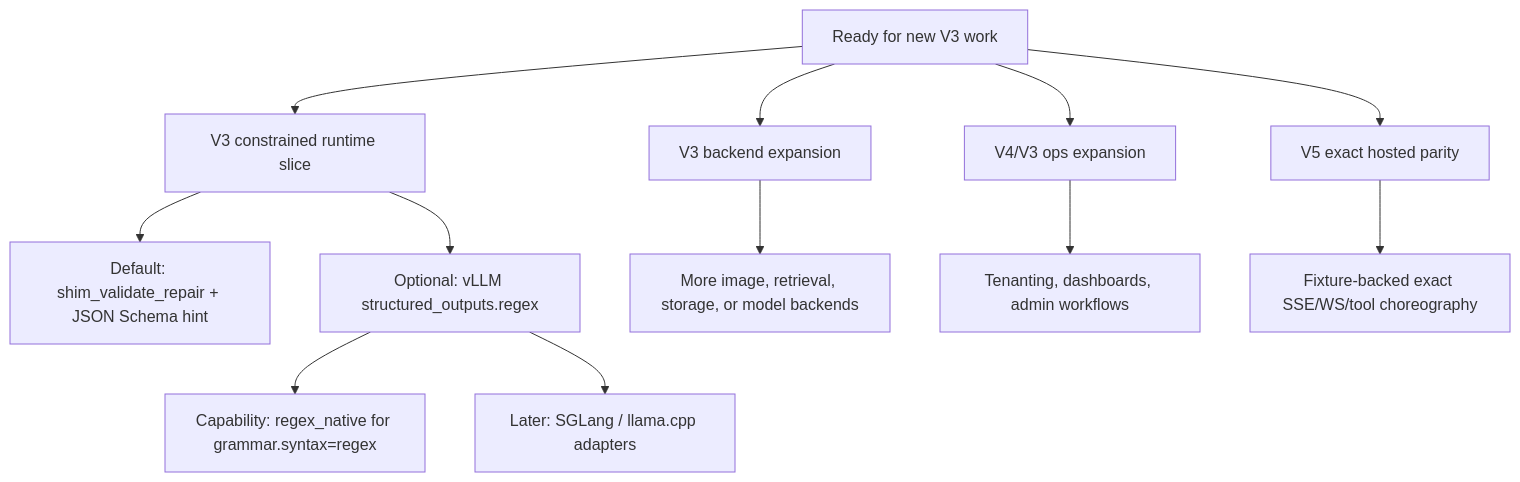
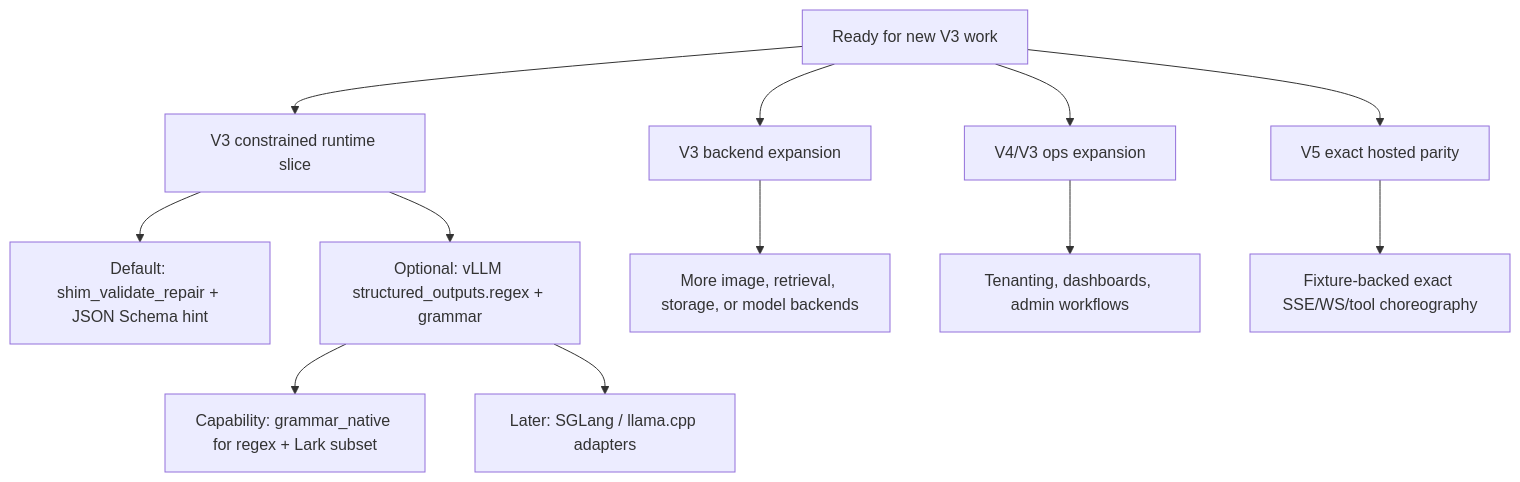
One commit to avelrl/llama_shim changed diagram 25 of 25 in docs/engineering/openai-api-choreography-atlas.md. Above: the diagram before and after it, drawn with Mermaid. The commit also changed other lines of this file and 13 other files, not shown here.

Commit message:
vLLM grammar_native slice

````diff
--- a/docs/engineering/openai-api-choreography-atlas.md
+++ b/docs/engineering/openai-api-choreography-atlas.md
@@ -945,21 +946,21 @@
 ```mermaid
 flowchart TB
   ready["Ready for new V3 work"]
   constrained["V3 constrained runtime slice"]
   backend["V3 backend expansion"]
   parity["V5 exact hosted parity"]
   ops["V4/V3 ops expansion"]
 
   ready --> constrained
   ready --> backend
   ready --> ops
   ready --> parity
 
   constrained --> c0["Default: shim_validate_repair + JSON Schema hint"]
-  constrained --> c1["Optional: vLLM structured_outputs.regex"]
-  c1 --> c2["Capability: regex_native for grammar.syntax=regex"]
+  constrained --> c1["Optional: vLLM structured_outputs.regex + grammar"]
+  c1 --> c2["Capability: grammar_native for regex + Lark subset"]
   c1 --> c3["Later: SGLang / llama.cpp adapters"]
   backend --> b1["More image, retrieval, storage, or model backends"]
   ops --> o1["Tenanting, dashboards, admin workflows"]
   parity --> p1["Fixture-backed exact SSE/WS/tool choreography"]
 ```
````
